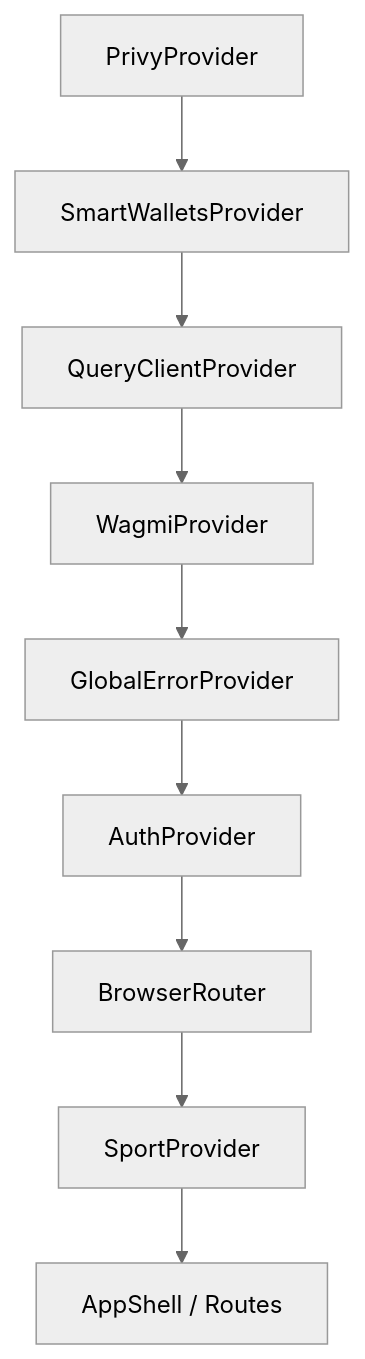
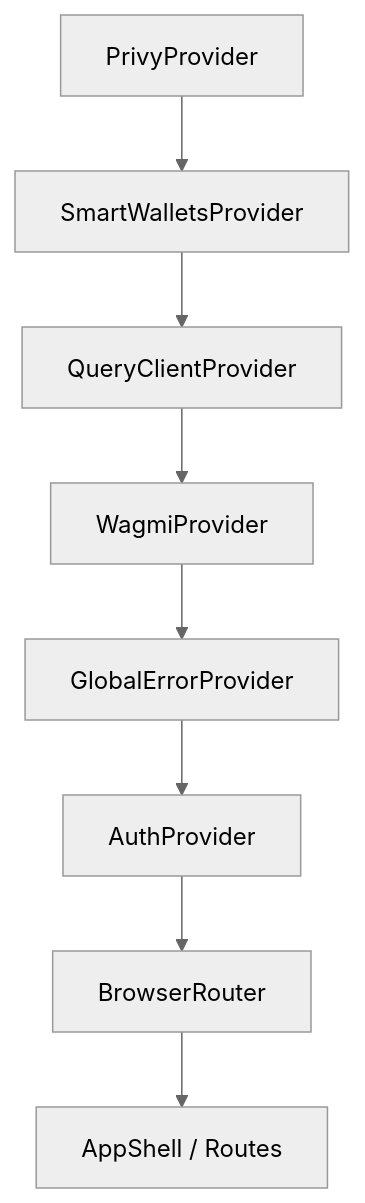
The first of 3 diagrams in spec/client/architecture.md (MagRelo/cut), drawn with Mermaid (neutral theme) before and after one commit. The commit also changed other lines of this file and 36 other files, not shown here.

````diff
--- a/spec/client/architecture.md
+++ b/spec/client/architecture.md
@@ -7,11 +7,10 @@
 ```mermaid
 graph TB
   PRIVY[PrivyProvider] --> SW[SmartWalletsProvider]
   SW --> RQ[QueryClientProvider]
   RQ --> WAGMI[WagmiProvider]
   WAGMI --> ERR[GlobalErrorProvider]
   ERR --> AUTH[AuthProvider]
   AUTH --> ROUTER[BrowserRouter]
-  ROUTER --> SPORT[SportProvider]
-  SPORT --> APP[AppShell / Routes]
+  ROUTER --> APP[AppShell / Routes]
 ```
````
